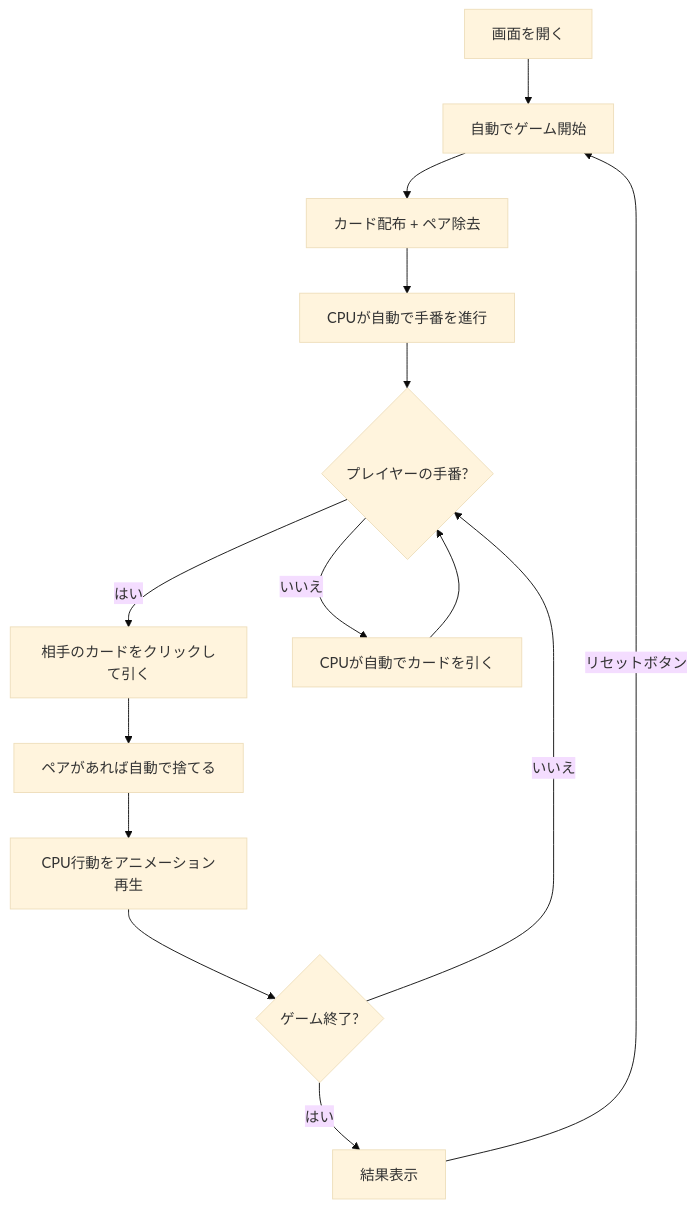
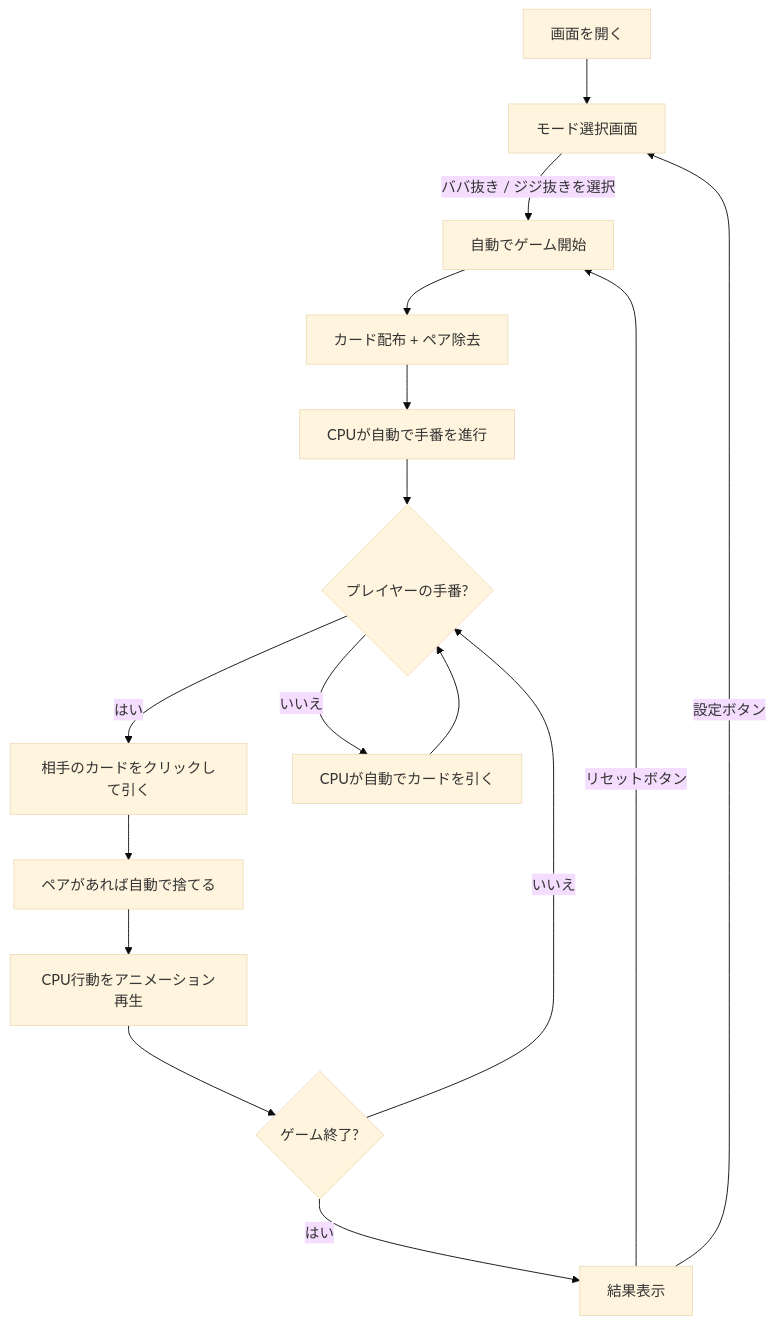
One commit to yuta-yoshinaga/go_trumpcards changed the diagram in docs/manual/web/oldmaid.md. Above: the diagram before and after it, drawn with Mermaid (base theme). The commit also changed other lines of this file and 28 other files, not shown here.

````diff
--- a/docs/manual/web/oldmaid.md
+++ b/docs/manual/web/oldmaid.md
@@ -28,16 +37,18 @@
 ```mermaid
 flowchart TD
-    A[画面を開く] --> B[自動でゲーム開始]
+    A[画面を開く] --> S[モード選択画面]
+    S -->|ババ抜き / ジジ抜きを選択| B[自動でゲーム開始]
     B --> C[カード配布 + ペア除去]
     C --> D[CPUが自動で手番を進行]
     D --> E{プレイヤーの手番?}
     E -->|はい| F[相手のカードをクリックして引く]
     E -->|いいえ| G[CPUが自動でカードを引く]
     G --> E
     F --> H[ペアがあれば自動で捨てる]
     H --> I[CPU行動をアニメーション再生]
     I --> J{ゲーム終了?}
     J -->|いいえ| E
     J -->|はい| K[結果表示]
     K -->|リセットボタン| B
+    K -->|設定ボタン| S
 ```
````
